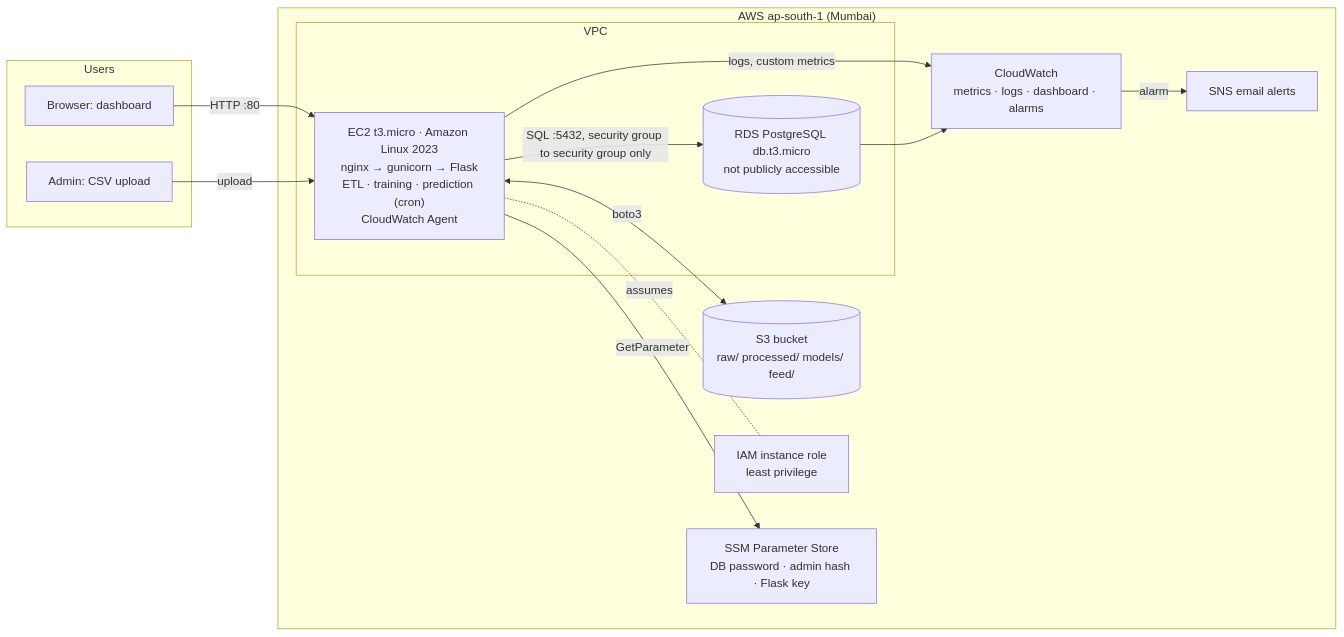
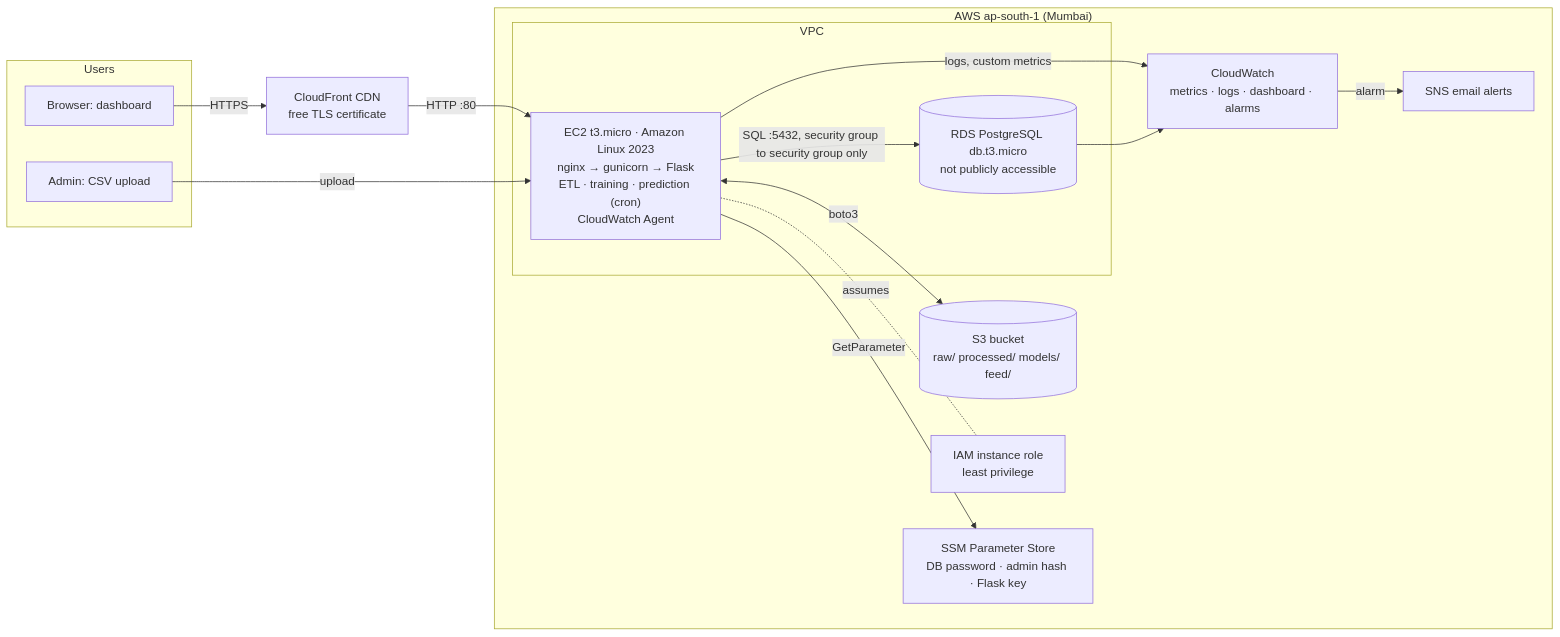
Before and after one commit to gurlivsingh/cloud-traffic-analytics: the diagram in README.md, drawn with Mermaid. The commit also changed other lines of this file and 4 other files, not shown here.

Commit message:
Add HTTPS via CloudFront in front of EC2

````diff
--- a/README.md
+++ b/README.md
@@ -70,27 +70,28 @@
 ```mermaid
 flowchart LR
   subgraph Users
     B[Browser: dashboard]
     ADM[Admin: CSV upload]
   end
   subgraph AWS["AWS ap-south-1 (Mumbai)"]
     subgraph VPC
       EC2["EC2 t3.micro · Amazon Linux 2023<br/>nginx → gunicorn → Flask<br/>ETL · training · prediction (cron)<br/>CloudWatch Agent"]
       RDS[("RDS PostgreSQL db.t3.micro<br/>not publicly accessible")]
     end
     S3[("S3 bucket<br/>raw/ processed/ models/ feed/")]
     IAM[IAM instance role<br/>least privilege]
     SSM[SSM Parameter Store<br/>DB password · admin hash · Flask key]
     CW[CloudWatch<br/>metrics · logs · dashboard · alarms]
     SNS[SNS email alerts]
   end
-  B -->|HTTP :80| EC2
+  B -->|HTTPS| CF[CloudFront CDN<br/>free TLS certificate]
+  CF -->|HTTP :80| EC2
   ADM -->|upload| EC2
   EC2 <-->|boto3| S3
   EC2 -->|SQL :5432, security group to security group only| RDS
   EC2 -.assumes.- IAM
   EC2 -->|GetParameter| SSM
   EC2 -->|logs, custom metrics| CW
   RDS --> CW
   CW -->|alarm| SNS
 ```
````
